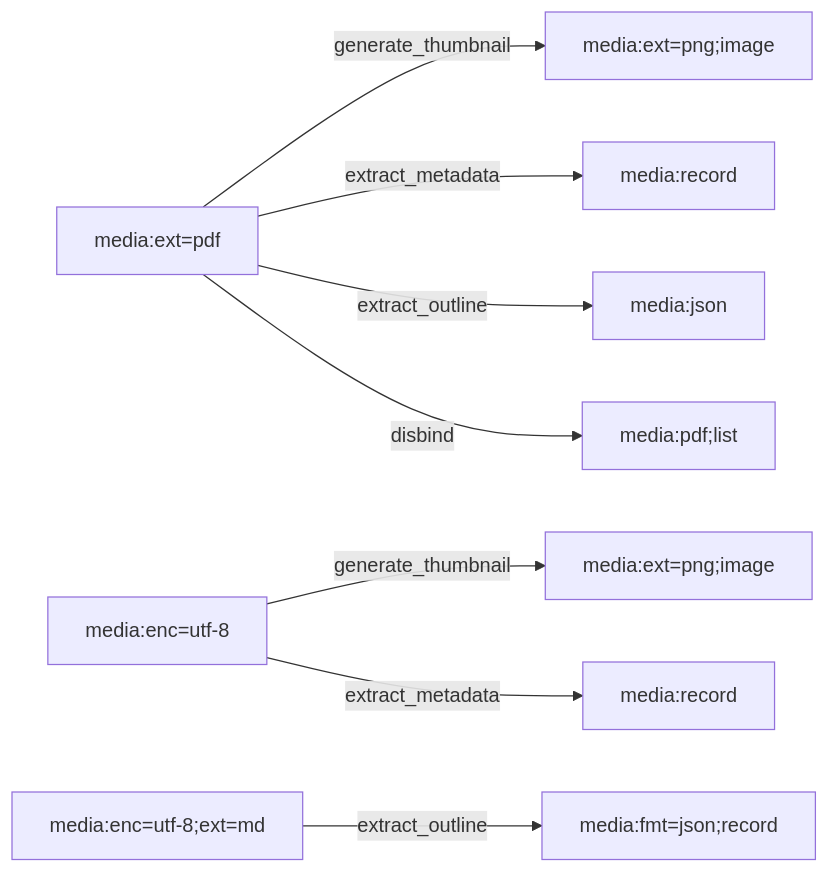
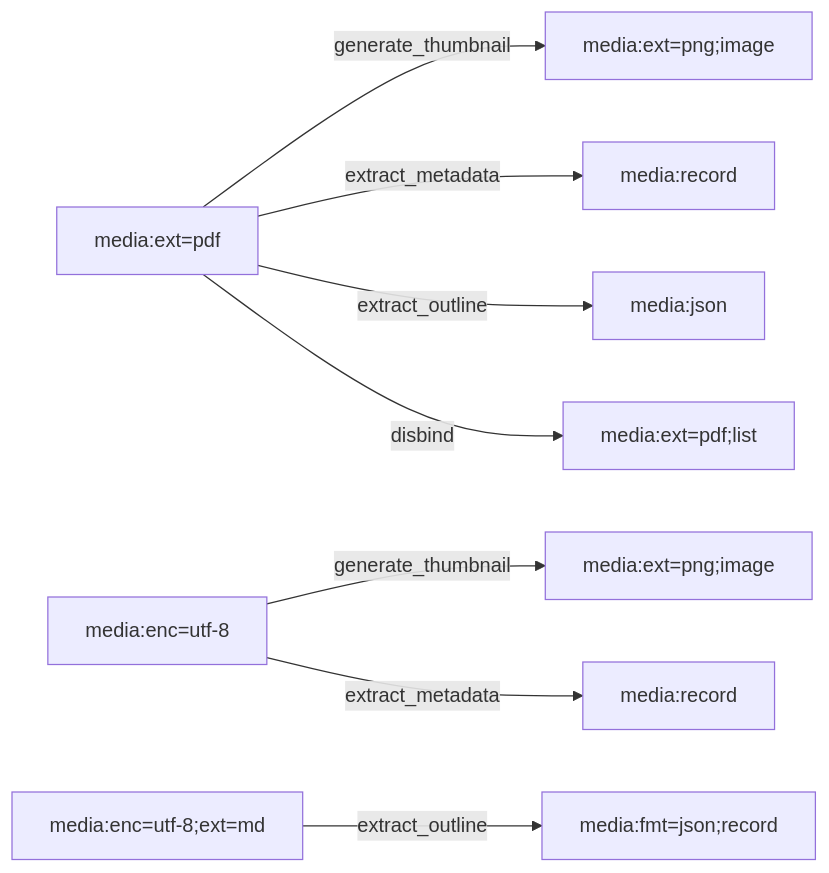
One commit to machinefabric/capdag changed the diagram in docs/16.4-content-cartridges.md. Above: the diagram before and after it, drawn with Mermaid. The commit also changed 15 other files, not shown here.

````diff
--- a/docs/16.4-content-cartridges.md
+++ b/docs/16.4-content-cartridges.md
@@ -25,11 +25,11 @@
 ```mermaid
 graph LR
     PDF["media:ext=pdf"] -->|generate_thumbnail| IMG["media:ext=png;image"]
     PDF -->|extract_metadata| REC["media:record"]
     PDF -->|extract_outline| JSON["media:json"]
-    PDF -->|disbind| LIST["media:pdf;list"]
+    PDF -->|disbind| LIST["media:ext=pdf;list"]
 
     TXT["media:enc=utf-8"] -->|generate_thumbnail| IMG2["media:ext=png;image"]
     TXT -->|extract_metadata| REC2["media:record"]
     MD["media:enc=utf-8;ext=md"] -->|extract_outline| JSON2["media:fmt=json;record"]
 ```
````
